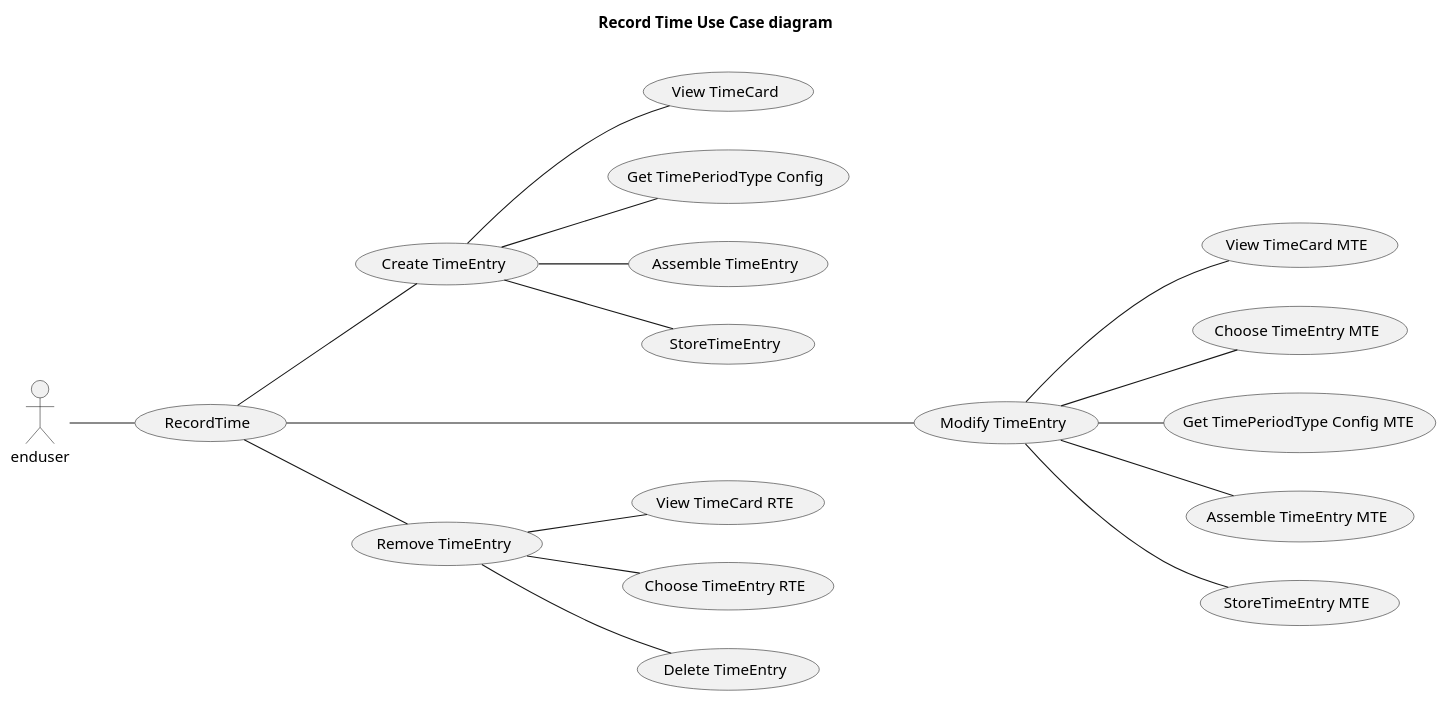
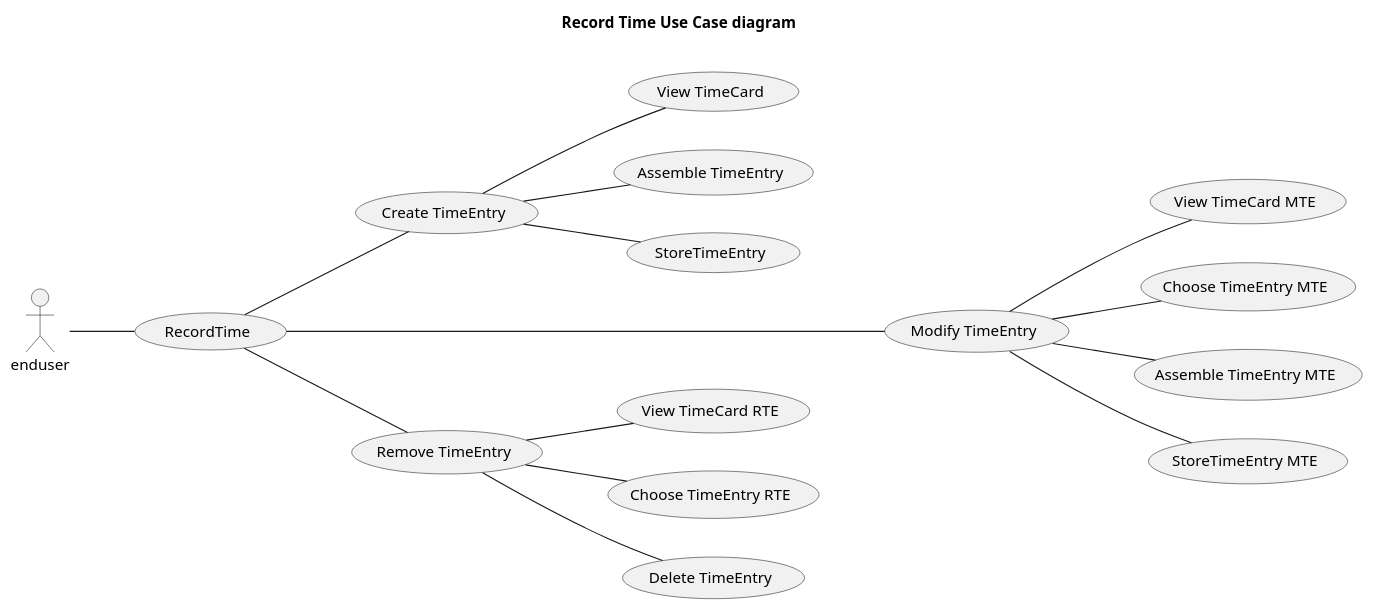
Before and after one commit to UKHomeOffice/callisto-timecard-restapi: the diagram in docs/features/record-time/TimeCardUseCaseDiagrams.puml, drawn with PlantUML. The commit also changed 2 other files, not shown here.

Commit message:
Updated Use Case Diagrams

```diff
--- a/docs/features/record-time/TimeCardUseCaseDiagrams.puml
+++ b/docs/features/record-time/TimeCardUseCaseDiagrams.puml
@@ -1,23 +1,21 @@
 @startuml
 title Record Time Use Case diagram\n
 
 left to right direction
 
   actor enduser
   enduser -- (RecordTime)
   (RecordTime) -- (Create TimeEntry) 
   (Create TimeEntry) -- (View TimeCard) 
-  (Create TimeEntry) -- (Get TimePeriodType Config)
   (Create TimeEntry) -- (Assemble TimeEntry)
   (Create TimeEntry) -- (StoreTimeEntry)
   (RecordTime) ---- (Modify TimeEntry) 
   (Modify TimeEntry) -- (View TimeCard MTE) 
   (Modify TimeEntry) -- (Choose TimeEntry MTE)
-  (Modify TimeEntry) -- (Get TimePeriodType Config MTE)
   (Modify TimeEntry) -- (Assemble TimeEntry MTE)
   (Modify TimeEntry) -- (StoreTimeEntry MTE)
   (RecordTime) -- (Remove TimeEntry) 
   (Remove TimeEntry) -- (View TimeCard RTE) 
   (Remove TimeEntry) -- (Choose TimeEntry RTE)
   (Remove TimeEntry) -- (Delete TimeEntry)
 @enduml
```
